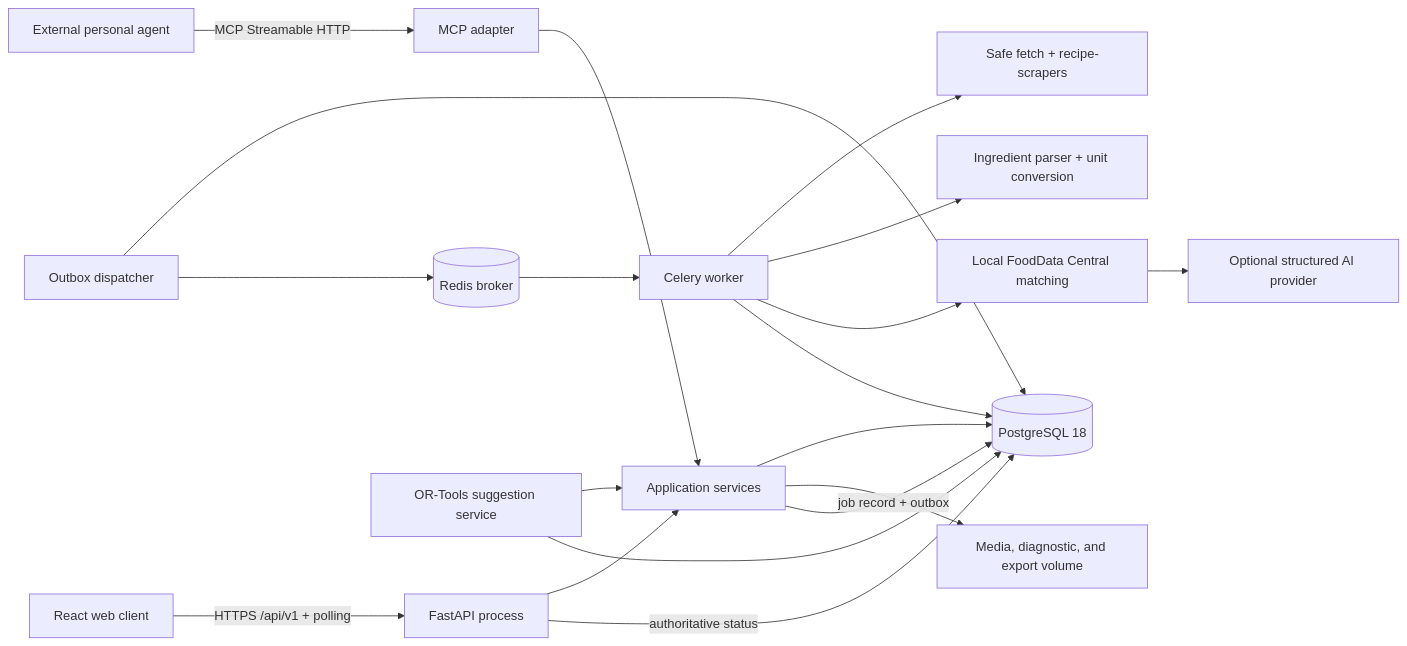
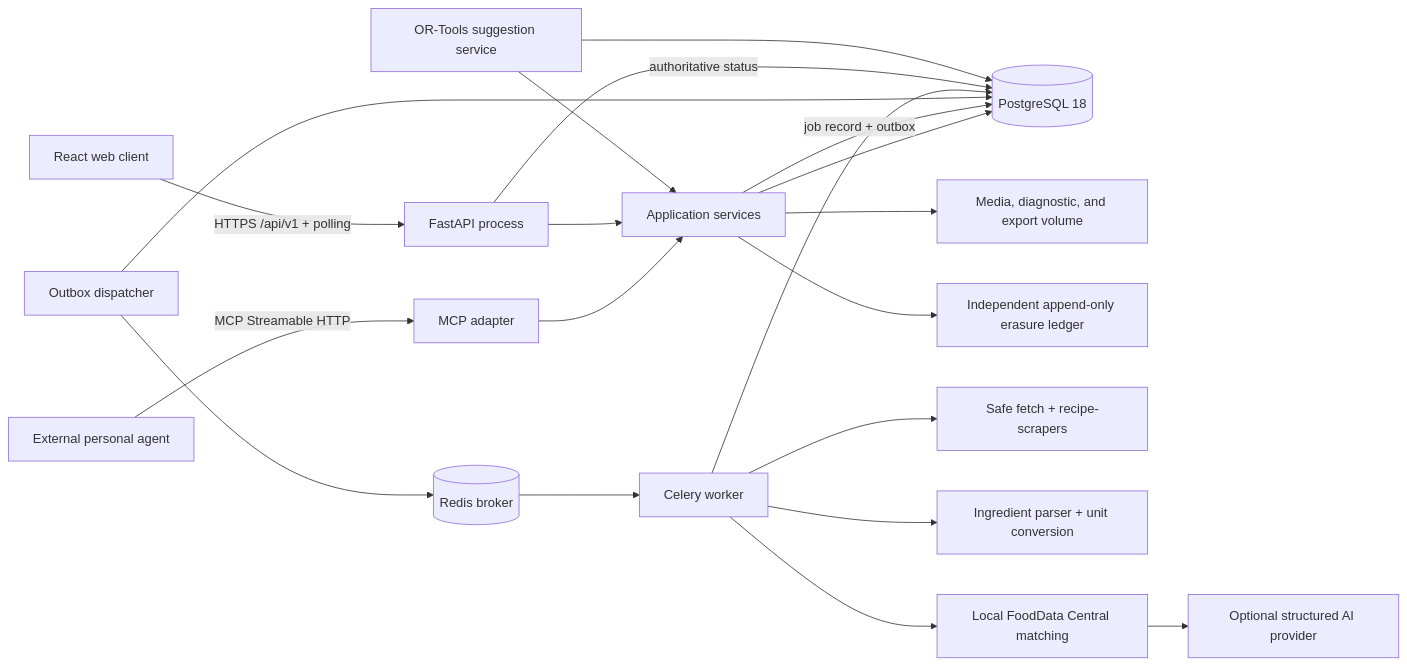
Before and after one commit to Koushik0901/cookfully: the diagram in specs/001-nutrition-recipe-planner/plan.md, drawn with Mermaid. The commit also changed other lines of this file and 6 other files, not shown here.

````diff
--- a/specs/001-nutrition-recipe-planner/plan.md
+++ b/specs/001-nutrition-recipe-planner/plan.md
@@ -50,21 +51,22 @@
 ```mermaid
 flowchart LR
     Browser["React web client"] -->|"HTTPS /api/v1 + polling"| API["FastAPI process"]
     Agent["External personal agent"] -->|"MCP Streamable HTTP"| MCP["MCP adapter"]
     MCP --> Services["Application services"]
     API --> Services
     Services --> DB[("PostgreSQL 18")]
     Services --> Media["Media, diagnostic, and export volume"]
+    Services --> Ledger["Independent append-only erasure ledger"]
     Services -->|"job record + outbox"| DB
     Dispatcher["Outbox dispatcher"] --> DB
     Dispatcher --> Queue[("Redis broker")]
     Queue --> Worker["Celery worker"]
     Worker --> Importer["Safe fetch + recipe-scrapers"]
     Worker --> Parser["Ingredient parser + unit conversion"]
     Worker --> Matcher["Local FoodData Central matching"]
     Matcher --> OptionalAI["Optional structured AI provider"]
     Worker --> DB
     API -->|"authoritative status"| DB
     Optimizer["OR-Tools suggestion service"] --> Services
     Optimizer --> DB
 ```
````
